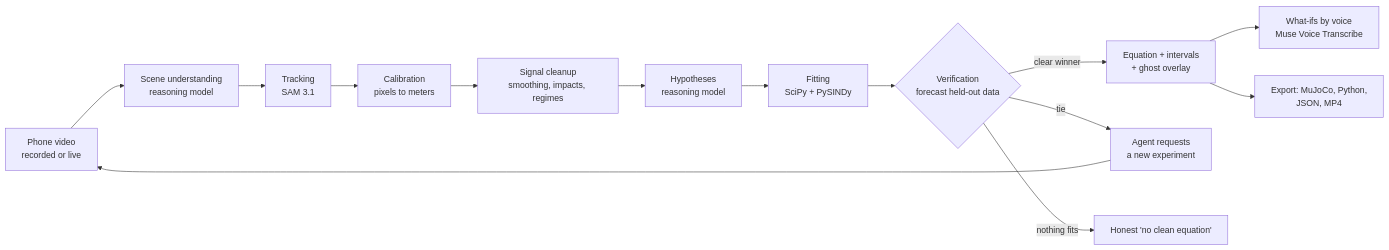
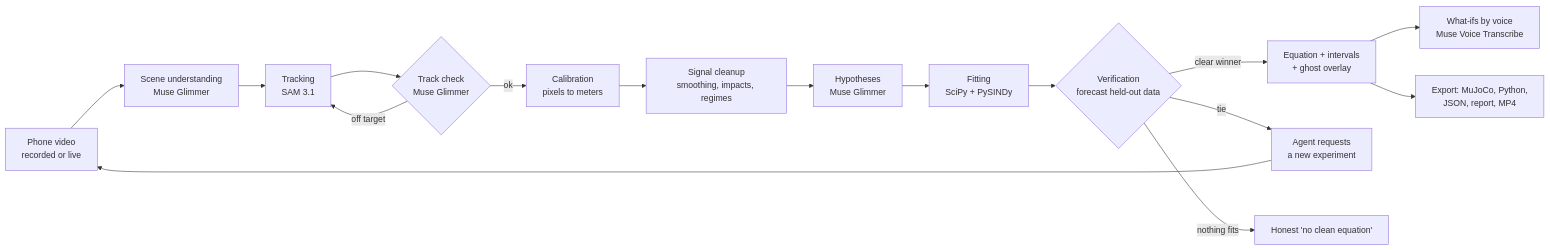
The diagram in README.md (Athmeeya2006/Physicslens), drawn with Mermaid before and after one commit. The commit also changed other lines of this file and 15 other files, not shown here.

````diff
--- a/README.md
+++ b/README.md
@@ -70,16 +102,18 @@
 ```mermaid
 flowchart LR
-    A[Phone video<br/>recorded or live] --> B[Scene understanding<br/>reasoning model]
+    A[Phone video<br/>recorded or live] --> B[Scene understanding<br/>Muse Glimmer]
     B --> C[Tracking<br/>SAM 3.1]
-    C --> D[Calibration<br/>pixels to meters]
+    C --> C2{Track check<br/>Muse Glimmer}
+    C2 -- off target --> C
+    C2 -- ok --> D[Calibration<br/>pixels to meters]
     D --> E[Signal cleanup<br/>smoothing, impacts, regimes]
-    E --> F[Hypotheses<br/>reasoning model]
+    E --> F[Hypotheses<br/>Muse Glimmer]
     F --> G[Fitting<br/>SciPy + PySINDy]
     G --> H{Verification<br/>forecast held-out data}
     H -- clear winner --> I[Equation + intervals<br/>+ ghost overlay]
     H -- tie --> J[Agent requests<br/>a new experiment]
     J --> A
     H -- nothing fits --> K[Honest 'no clean equation']
     I --> L[What-ifs by voice<br/>Muse Voice Transcribe]
-    I --> M[Export: MuJoCo, Python,<br/>JSON, MP4]
+    I --> M[Export: MuJoCo, Python,<br/>JSON, report, MP4]
 ```
````
